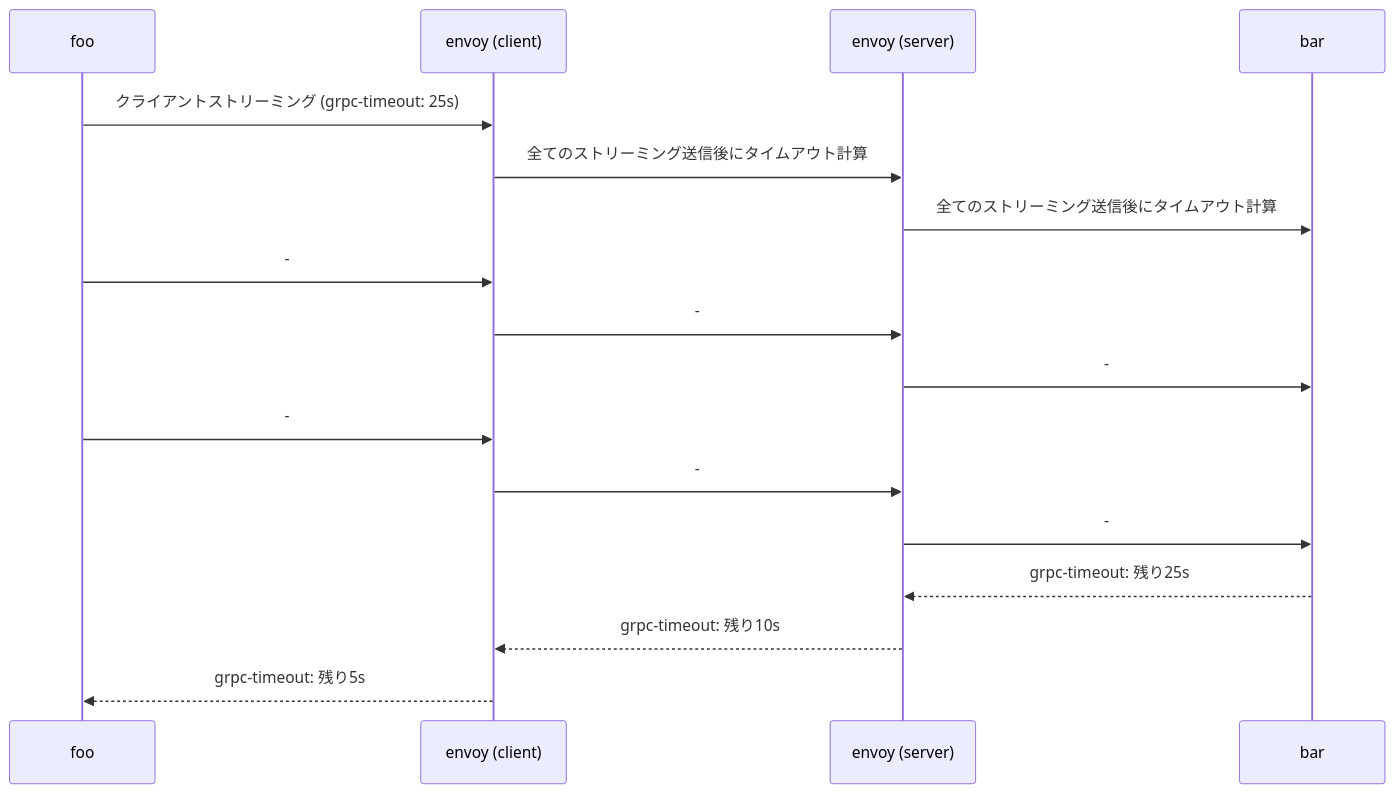
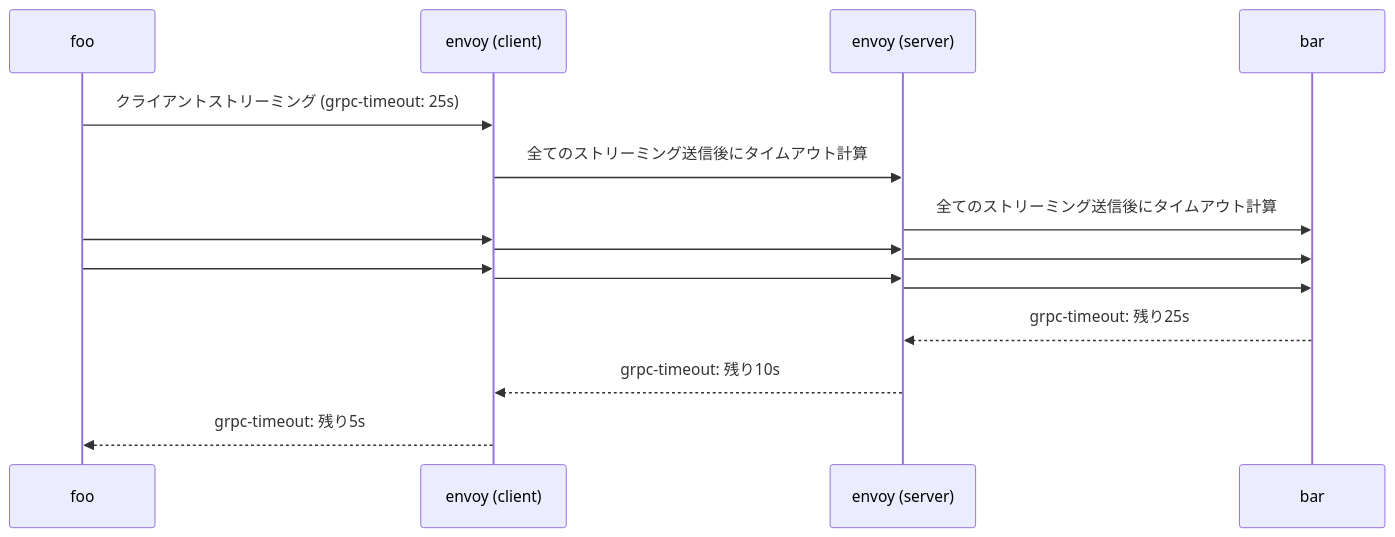
The first of 2 diagrams in docs/software/software_middleware_service_mesh_envoy_envoy_yaml.md (hiroki-it/tech-notebook), drawn with Mermaid before and after one commit. The commit also changed other lines of this file, not shown here.

Commit message:
update ノートを更新した。

````diff
--- a/docs/software/software_middleware_service_mesh_envoy_envoy_yaml.md
+++ b/docs/software/software_middleware_service_mesh_envoy_envoy_yaml.md
@@ -343,21 +345,21 @@
 ```mermaid
 sequenceDiagram
 
     foo->>envoy (client): クライアントストリーミング (grpc-timeout: 25s)
     envoy (client)->>envoy (server): 全てのストリーミング送信後にタイムアウト計算
     envoy (server)->>bar: 全てのストリーミング送信後にタイムアウト計算
 
-    foo->>envoy (client): -
-    envoy (client)->>envoy (server): -
-    envoy (server)->>bar: -
+    foo->>envoy (client): 
+    envoy (client)->>envoy (server): 
+    envoy (server)->>bar: 
 
-    foo->>envoy (client): -
-    envoy (client)->>envoy (server): -
-    envoy (server)->>bar: -
+    foo->>envoy (client): 
+    envoy (client)->>envoy (server): 
+    envoy (server)->>bar: 
 
     bar-->>envoy (server): grpc-timeout: 残り25s
 
     envoy (server)-->>envoy (client): grpc-timeout: 残り10s
 
     envoy (client)-->>foo: grpc-timeout: 残り5s
 ```
````
